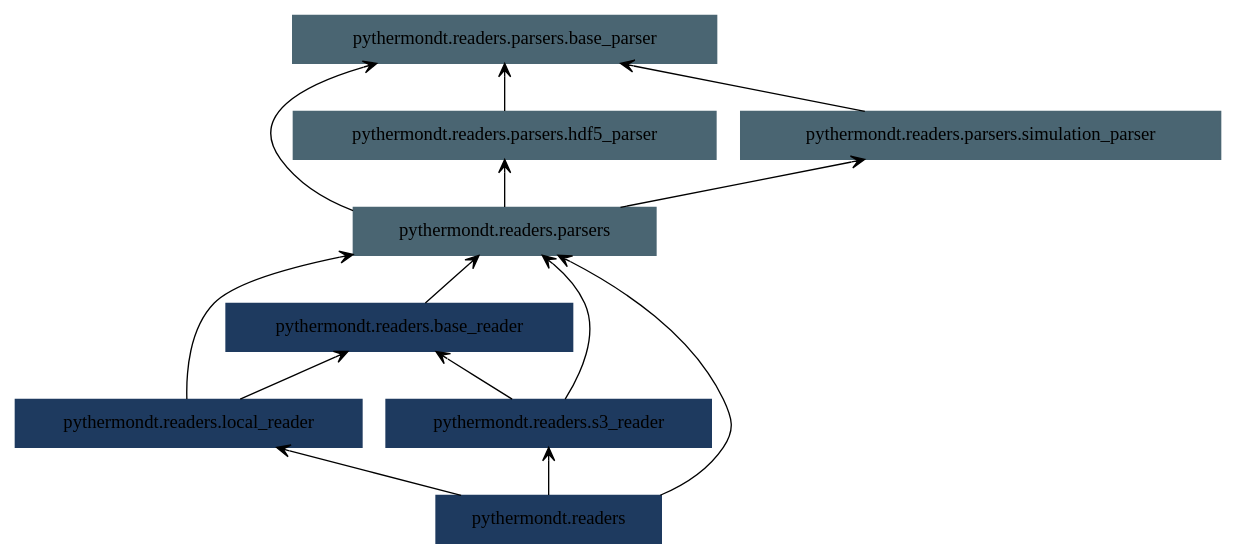
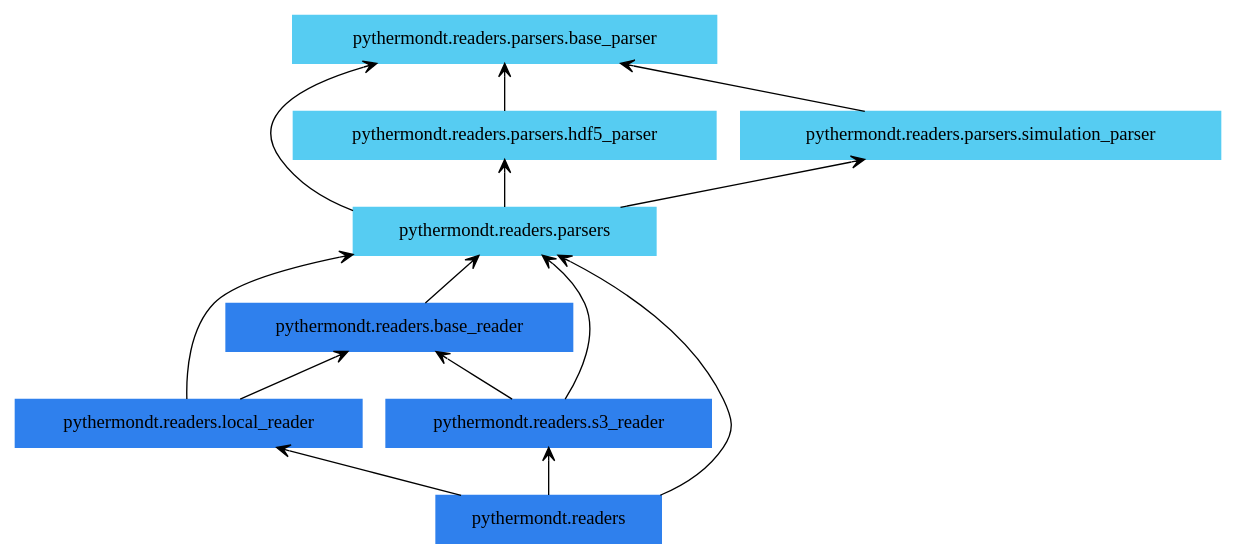
The diagram in docs/pyreverse/packages_pythermondt.readers.gv (voidsy-gmbh/pyThermoNDT), drawn with Graphviz before and after one commit. The commit also changed 25 other files, not shown here.

Commit message:
Update pyreverse diagrams

```diff
--- a/docs/pyreverse/packages_pythermondt.readers.gv
+++ b/docs/pyreverse/packages_pythermondt.readers.gv
@@ -1,25 +1,25 @@
 digraph "packages_pythermondt.readers" {
 rankdir=BT
 charset="utf-8"
-"pythermondt.readers" [color="#1E3A5F", label=<pythermondt.readers>, shape="box", style="filled"];
-"pythermondt.readers.base_reader" [color="#1E3A5F", label=<pythermondt.readers.base_reader>, shape="box", style="filled"];
-"pythermondt.readers.local_reader" [color="#1E3A5F", label=<pythermondt.readers.local_reader>, shape="box", style="filled"];
-"pythermondt.readers.parsers" [color="#4A6572", label=<pythermondt.readers.parsers>, shape="box", style="filled"];
-"pythermondt.readers.parsers.base_parser" [color="#4A6572", label=<pythermondt.readers.parsers.base_parser>, shape="box", style="filled"];
-"pythermondt.readers.parsers.hdf5_parser" [color="#4A6572", label=<pythermondt.readers.parsers.hdf5_parser>, shape="box", style="filled"];
-"pythermondt.readers.parsers.simulation_parser" [color="#4A6572", label=<pythermondt.readers.parsers.simulation_parser>, shape="box", style="filled"];
-"pythermondt.readers.s3_reader" [color="#1E3A5F", label=<pythermondt.readers.s3_reader>, shape="box", style="filled"];
+"pythermondt.readers" [color="#2F80ED", label=<pythermondt.readers>, shape="box", style="filled"];
+"pythermondt.readers.base_reader" [color="#2F80ED", label=<pythermondt.readers.base_reader>, shape="box", style="filled"];
+"pythermondt.readers.local_reader" [color="#2F80ED", label=<pythermondt.readers.local_reader>, shape="box", style="filled"];
+"pythermondt.readers.parsers" [color="#56CCF2", label=<pythermondt.readers.parsers>, shape="box", style="filled"];
+"pythermondt.readers.parsers.base_parser" [color="#56CCF2", label=<pythermondt.readers.parsers.base_parser>, shape="box", style="filled"];
+"pythermondt.readers.parsers.hdf5_parser" [color="#56CCF2", label=<pythermondt.readers.parsers.hdf5_parser>, shape="box", style="filled"];
+"pythermondt.readers.parsers.simulation_parser" [color="#56CCF2", label=<pythermondt.readers.parsers.simulation_parser>, shape="box", style="filled"];
+"pythermondt.readers.s3_reader" [color="#2F80ED", label=<pythermondt.readers.s3_reader>, shape="box", style="filled"];
 "pythermondt.readers" -> "pythermondt.readers.local_reader" [arrowhead="open", arrowtail="none"];
 "pythermondt.readers" -> "pythermondt.readers.parsers" [arrowhead="open", arrowtail="none"];
 "pythermondt.readers" -> "pythermondt.readers.s3_reader" [arrowhead="open", arrowtail="none"];
 "pythermondt.readers.base_reader" -> "pythermondt.readers.parsers" [arrowhead="open", arrowtail="none"];
 "pythermondt.readers.local_reader" -> "pythermondt.readers.base_reader" [arrowhead="open", arrowtail="none"];
 "pythermondt.readers.local_reader" -> "pythermondt.readers.parsers" [arrowhead="open", arrowtail="none"];
 "pythermondt.readers.parsers" -> "pythermondt.readers.parsers.base_parser" [arrowhead="open", arrowtail="none"];
 "pythermondt.readers.parsers" -> "pythermondt.readers.parsers.hdf5_parser" [arrowhead="open", arrowtail="none"];
 "pythermondt.readers.parsers" -> "pythermondt.readers.parsers.simulation_parser" [arrowhead="open", arrowtail="none"];
 "pythermondt.readers.parsers.hdf5_parser" -> "pythermondt.readers.parsers.base_parser" [arrowhead="open", arrowtail="none"];
 "pythermondt.readers.parsers.simulation_parser" -> "pythermondt.readers.parsers.base_parser" [arrowhead="open", arrowtail="none"];
 "pythermondt.readers.s3_reader" -> "pythermondt.readers.base_reader" [arrowhead="open", arrowtail="none"];
 "pythermondt.readers.s3_reader" -> "pythermondt.readers.parsers" [arrowhead="open", arrowtail="none"];
 }
```
